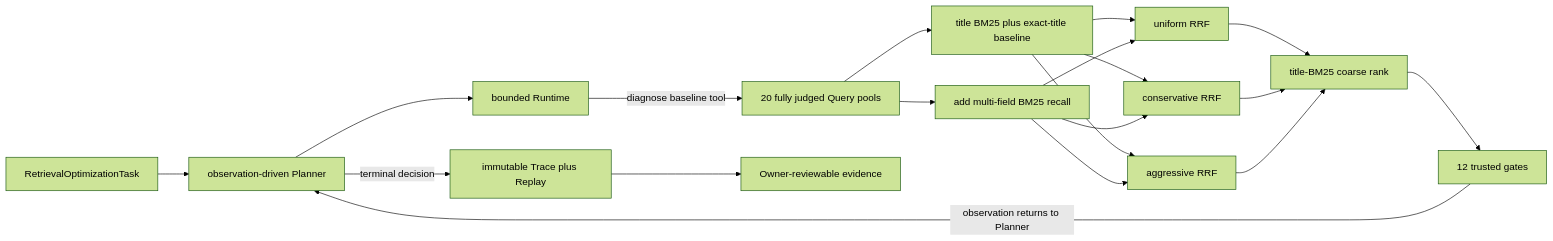
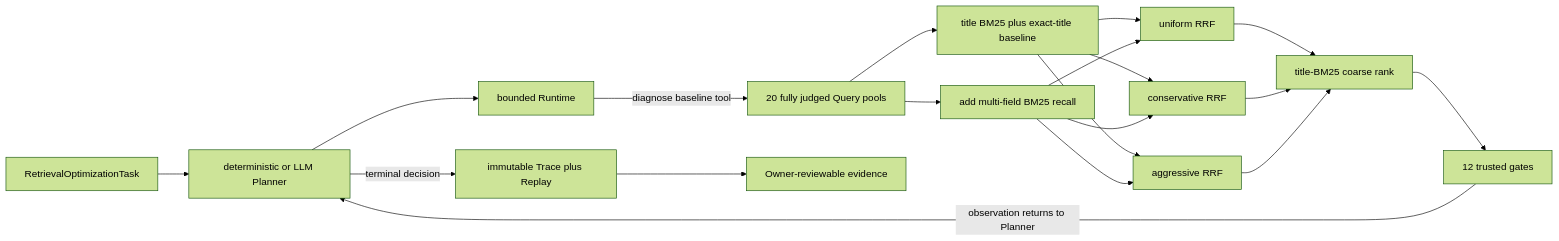
Before and after one commit to Shaw485/search-engine-eva-agent: the third of 3 diagrams in docs/AGENT_FLOW.md, drawn with Mermaid (forest theme). The commit also changed other lines of this file and 41 other files, not shown here.

````diff
--- a/docs/AGENT_FLOW.md
+++ b/docs/AGENT_FLOW.md
@@ -72,32 +72,32 @@
 ```mermaid
 flowchart LR
     T[RetrievalOptimizationTask]
-    P[observation-driven Planner]
+    P[deterministic or LLM Planner]
     X[bounded Runtime]
     Q[20 fully judged Query pools]
     B[title BM25 plus exact-title baseline]
     M[add multi-field BM25 recall]
     U[uniform RRF]
     C[conservative RRF]
     A[aggressive RRF]
     R[title-BM25 coarse rank]
     H[12 trusted gates]
     Z[immutable Trace plus Replay]
     O[Owner-reviewable evidence]
 
     T --> P --> X
     X -->|diagnose baseline tool| Q
     Q --> B
     Q --> M
     B --> U
     M --> U
     B --> C
     M --> C
     B --> A
     M --> A
     U --> R
     C --> R
     A --> R
     R --> H -->|observation returns to Planner| P
     P -->|terminal decision| Z --> O
 ```
````
